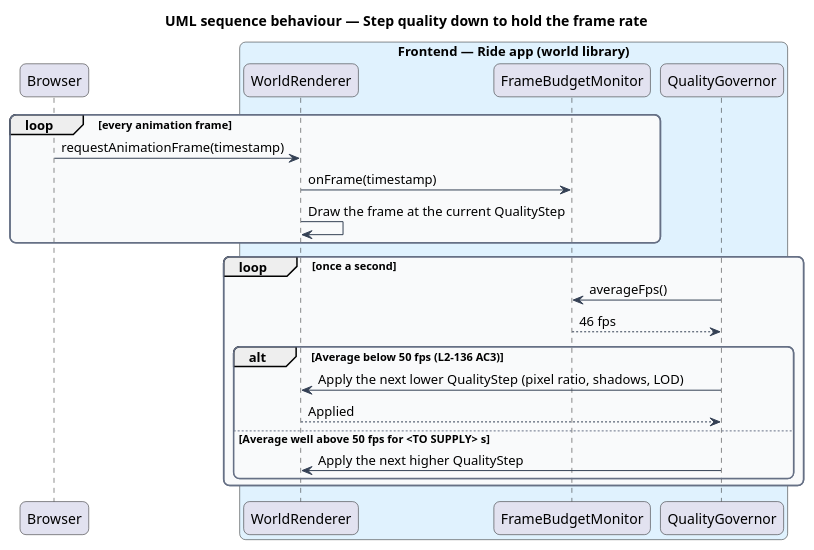
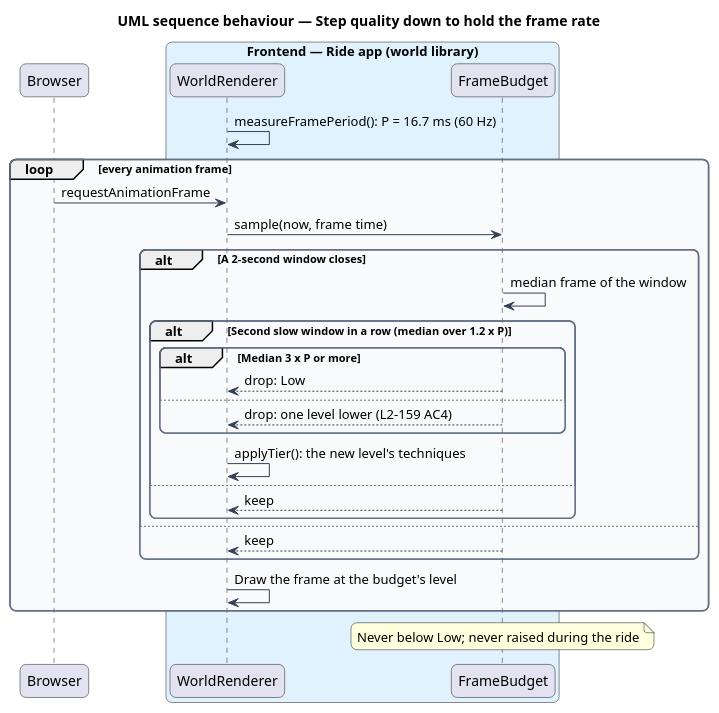
The diagram in docs/detailed-designs/performance/meet-performance-budgets/diagrams/sequence-quality-step-down.puml (QuinntyneBrown/ride-one), drawn with PlantUML before and after one commit. The commit also changed 7 other files, not shown here.

Commit message:
Step down as main's frame budget does, in the performance design and L2-159

```diff
--- a/docs/detailed-designs/performance/meet-performance-budgets/diagrams/sequence-quality-step-down.puml
+++ b/docs/detailed-designs/performance/meet-performance-budgets/diagrams/sequence-quality-step-down.puml
@@ -1,38 +1,44 @@
 @startuml
 title UML sequence behaviour — Step quality down to hold the frame rate
 skinparam backgroundColor #FFFFFF
 skinparam shadowing false
 skinparam roundcorner 12
 skinparam defaultFontName Arial
 skinparam ArrowColor #344054
 skinparam rectangle {
   BorderColor #344054
   FontColor #101828
 }
 skinparam package {
   BorderColor #667085
   FontColor #101828
   BackgroundColor #F9FAFB
 }
 participant "Browser" as browser
 box "Frontend — Ride app (world library)" #E0F2FE
   participant "WorldRenderer" as renderer
-  participant "FrameBudgetMonitor" as monitor
-  participant "QualityGovernor" as governor
+  participant "FrameBudget" as budget
 end box
+renderer -> renderer : measureFramePeriod(): P = 16.7 ms (60 Hz)
 loop every animation frame
-  browser -> renderer : requestAnimationFrame(timestamp)
-  renderer -> monitor : onFrame(timestamp)
-  renderer -> renderer : Draw the frame at the current QualityStep
+  browser -> renderer : requestAnimationFrame
+  renderer -> budget : sample(now, frame time)
+  alt A 2-second window closes
+    budget -> budget : median frame of the window
+    alt Second slow window in a row (median over 1.2 x P)
+      alt Median 3 x P or more
+        budget --> renderer : drop: Low
+      else
+        budget --> renderer : drop: one level lower (L2-159 AC4)
+      end
+      renderer -> renderer : applyTier(): the new level's techniques
+    else
+      budget --> renderer : keep
+    end
+  else
+    budget --> renderer : keep
+  end
+  renderer -> renderer : Draw the frame at the budget's level
 end
-loop once a second
-  governor -> monitor : averageFps()
-  monitor --> governor : 46 fps
-  alt Average below 50 fps (L2-136 AC3)
-    governor -> renderer : Apply the next lower QualityStep (pixel ratio, shadows, LOD)
-    renderer --> governor : Applied
-  else Average well above 50 fps for <TO SUPPLY> s
-    governor -> renderer : Apply the next higher QualityStep
-  end
-end
+note over budget : Never below Low; never raised during the ride
 @enduml
```
